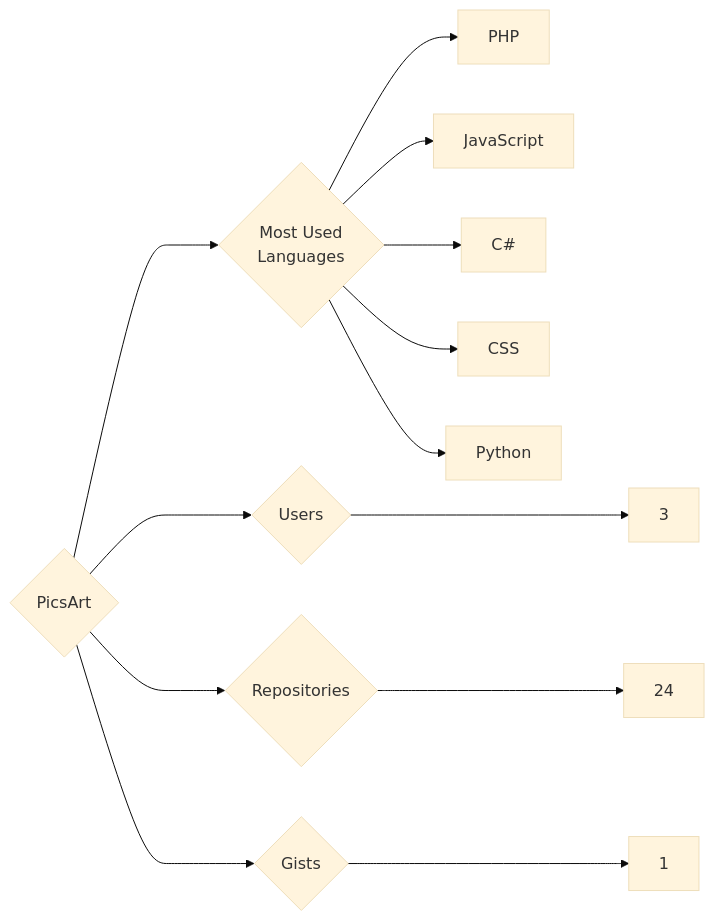
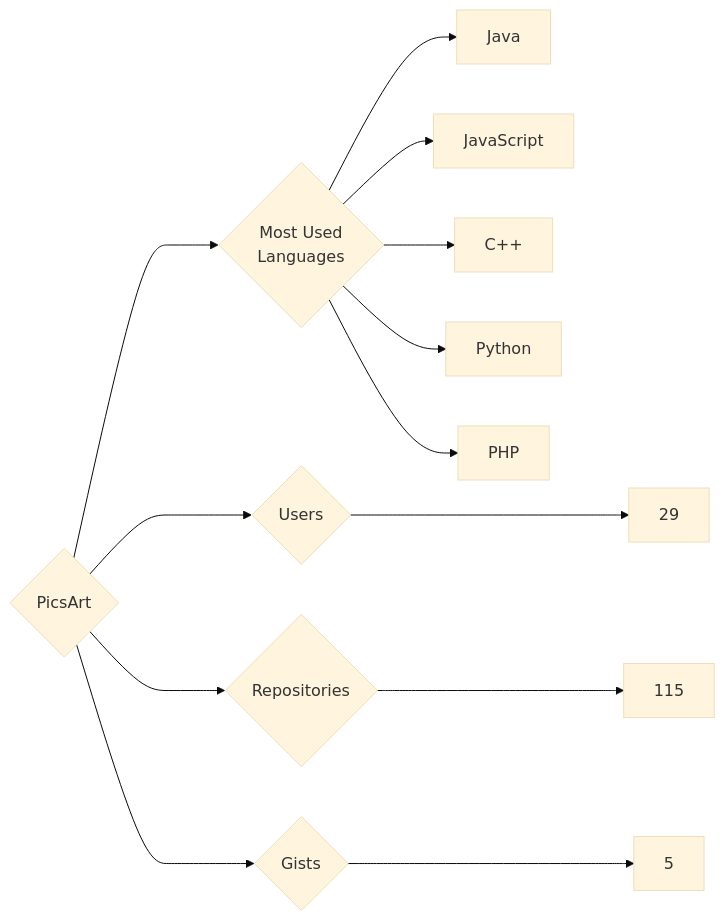
The diagram in targets/PicsArt/README.md (trickest/insiders), drawn with Mermaid (base theme) before and after one commit. The commit also changed 677 other files, not shown here.

````diff
--- a/targets/PicsArt/README.md
+++ b/targets/PicsArt/README.md
@@ -3,13 +3,13 @@
 ```mermaid
 graph LR
 COMPANY_NAME{PicsArt}
-COMPANY_NAME ---> U{Users} ---> UN[3]
-COMPANY_NAME ---> R{Repositories} ---> RN[24]
-COMPANY_NAME ---> G{Gists} ---> GN[1]
+COMPANY_NAME ---> U{Users} ---> UN[29]
+COMPANY_NAME ---> R{Repositories} ---> RN[115]
+COMPANY_NAME ---> G{Gists} ---> GN[5]
 COMPANY_NAME ---> ML{Most Used<br>Languages}
+ML --> Java[Java]
+ML --> JavaScript[JavaScript]
+ML --> C++[C++]
+ML --> Python[Python]
 ML --> PHP[PHP]
-ML --> JavaScript[JavaScript]
-ML --> C#[C#]
-ML --> CSS[CSS]
-ML --> Python[Python]
 ```
````
